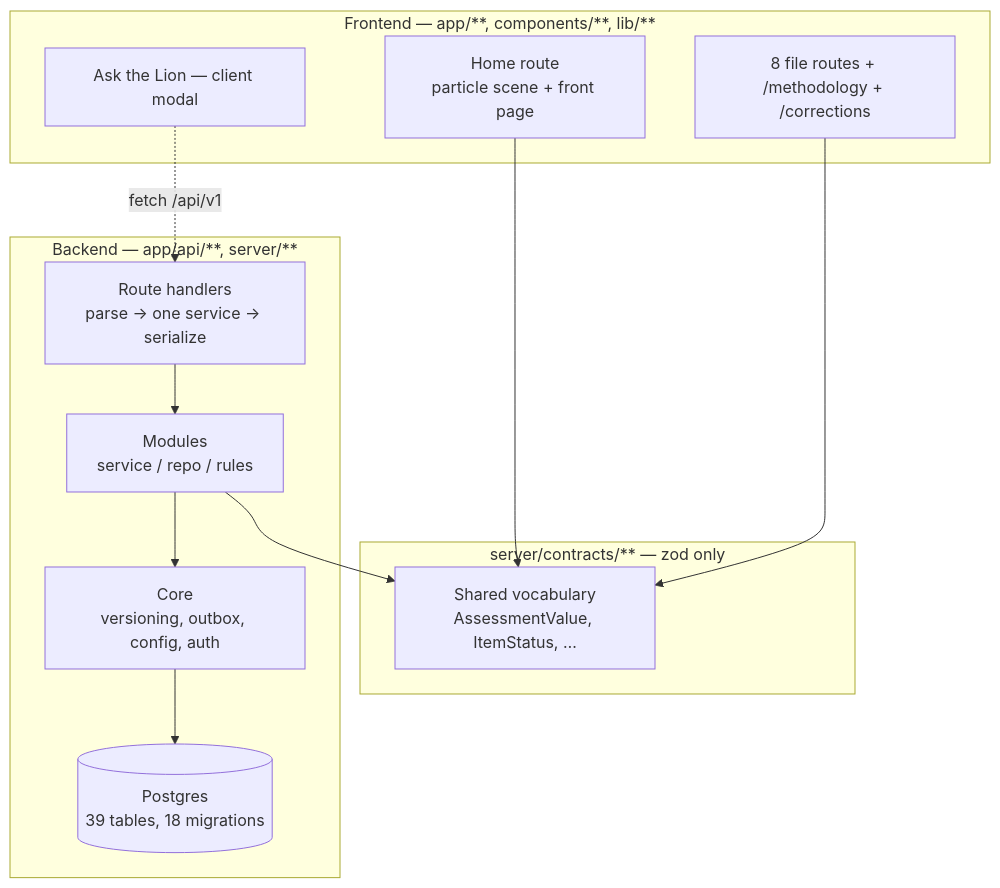
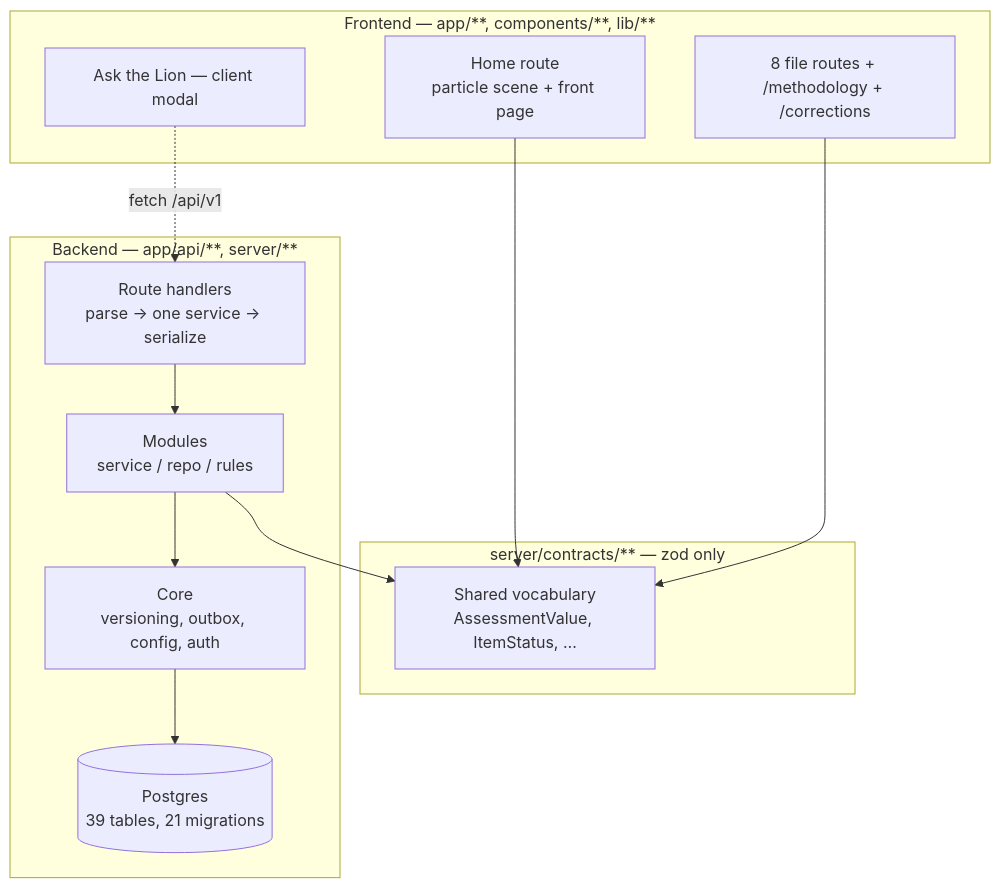
Before and after one commit to lions-admin/lions-of-zion: the first of 5 diagrams in docs/architecture.md, drawn with Mermaid. The commit also changed other lines of this file and 18 other files, not shown here.

````diff
--- a/docs/architecture.md
+++ b/docs/architecture.md
@@ -32,25 +32,25 @@
 ```mermaid
 flowchart TB
     subgraph FE["Frontend — app/**, components/**, lib/**"]
         Home["Home route<br/>particle scene + front page"]
         Docs["8 file routes + /methodology + /corrections"]
         Chat["Ask the Lion — client modal"]
     end
 
     subgraph Contracts["server/contracts/** — zod only"]
         Vocab["Shared vocabulary<br/>AssessmentValue, ItemStatus, …"]
     end
 
     subgraph BE["Backend — app/api/**, server/**"]
         Routes["Route handlers<br/>parse → one service → serialize"]
         Modules["Modules<br/>service / repo / rules"]
         Core["Core<br/>versioning, outbox, config, auth"]
-        DB[("Postgres<br/>39 tables, 18 migrations")]
+        DB[("Postgres<br/>39 tables, 21 migrations")]
     end
 
     Home --> Vocab
     Docs --> Vocab
     Modules --> Vocab
     Chat -.->|"fetch /api/v1"| Routes
     Routes --> Modules --> Core --> DB
 ```
````
